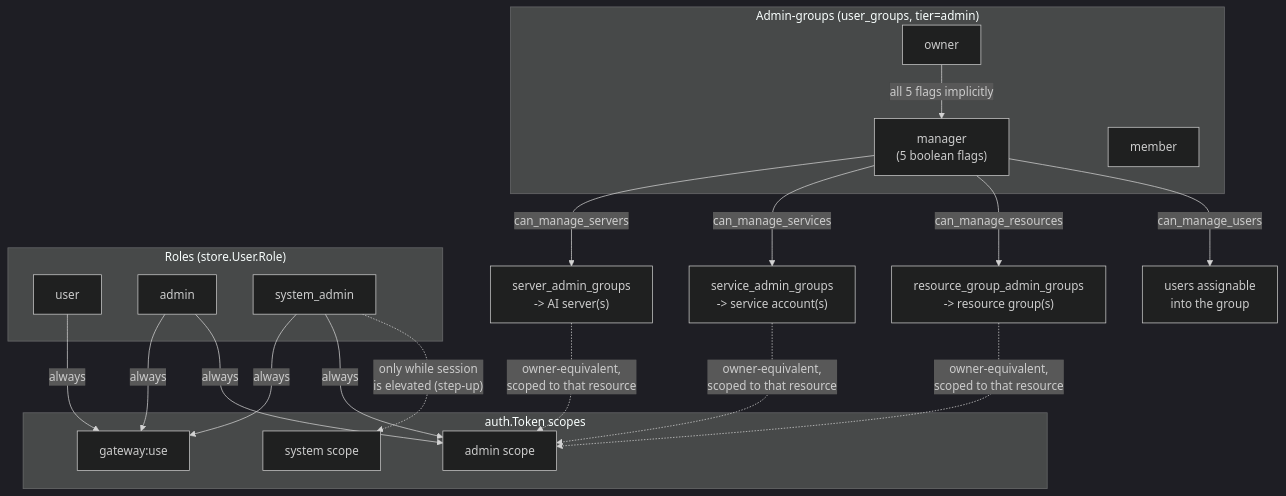
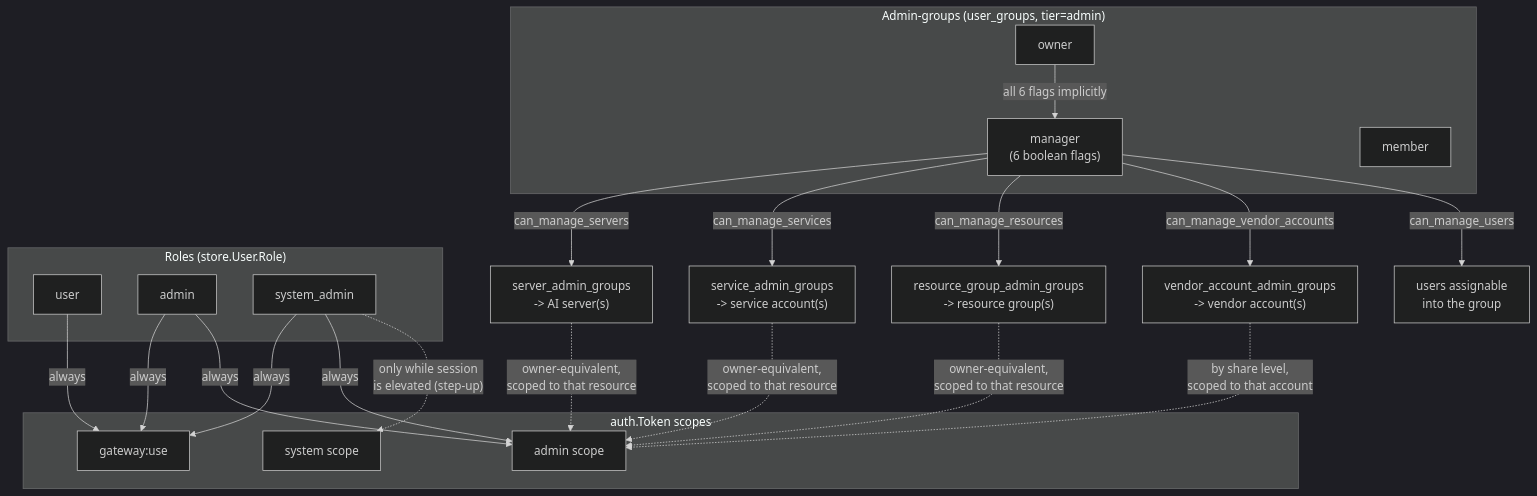
Before and after one commit to JLor08/op-ai-gateway: the second of 3 diagrams in docs/architecture/cross-cutting/security-auth-rbac.md, drawn with Mermaid (dark theme). The commit also changed other lines of this file and 168 other files, not shown here.

First line of the commit message:
feat: shared vendor accounts via resource groups (#183, Phase 2) (#233)

````diff
--- a/docs/architecture/cross-cutting/security-auth-rbac.md
+++ b/docs/architecture/cross-cutting/security-auth-rbac.md
@@ -669,37 +673,39 @@
 ```mermaid
 flowchart TB
     subgraph Roles["Roles (store.User.Role)"]
         U["user"]
         AD["admin"]
         SA["system_admin"]
     end
 
     subgraph Scopes["auth.Token scopes"]
         GU["gateway:use"]
         ADS["admin scope"]
         SYS["system scope"]
     end
 
     U -->|always| GU
     AD -->|always| GU
     AD -->|always| ADS
     SA -->|always| GU
     SA -->|always| ADS
     SA -.->|"only while session\nis elevated (step-up)"| SYS
 
     subgraph Groups["Admin-groups (user_groups, tier=admin)"]
         OWN["owner"]
-        MGR["manager\n(5 boolean flags)"]
+        MGR["manager\n(6 boolean flags)"]
         MEM["member"]
     end
 
-    OWN -->|"all 5 flags implicitly"| MGR
+    OWN -->|"all 6 flags implicitly"| MGR
     MGR -->|"can_manage_servers"| SRV["server_admin_groups\n-> AI server(s)"]
     MGR -->|"can_manage_services"| SVC["service_admin_groups\n-> service account(s)"]
     MGR -->|"can_manage_resources"| RG["resource_group_admin_groups\n-> resource group(s)"]
+    MGR -->|"can_manage_vendor_accounts"| VA["vendor_account_admin_groups\n-> vendor account(s)"]
     MGR -->|"can_manage_users"| USRS["users assignable\ninto the group"]
 
     SRV -.->|"owner-equivalent,\nscoped to that resource"| ADS
     SVC -.->|"owner-equivalent,\nscoped to that resource"| ADS
     RG -.->|"owner-equivalent,\nscoped to that resource"| ADS
+    VA -.->|"by share level,\nscoped to that account"| ADS
 ```
````
